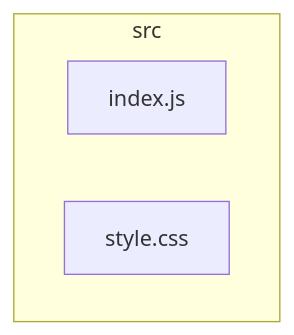
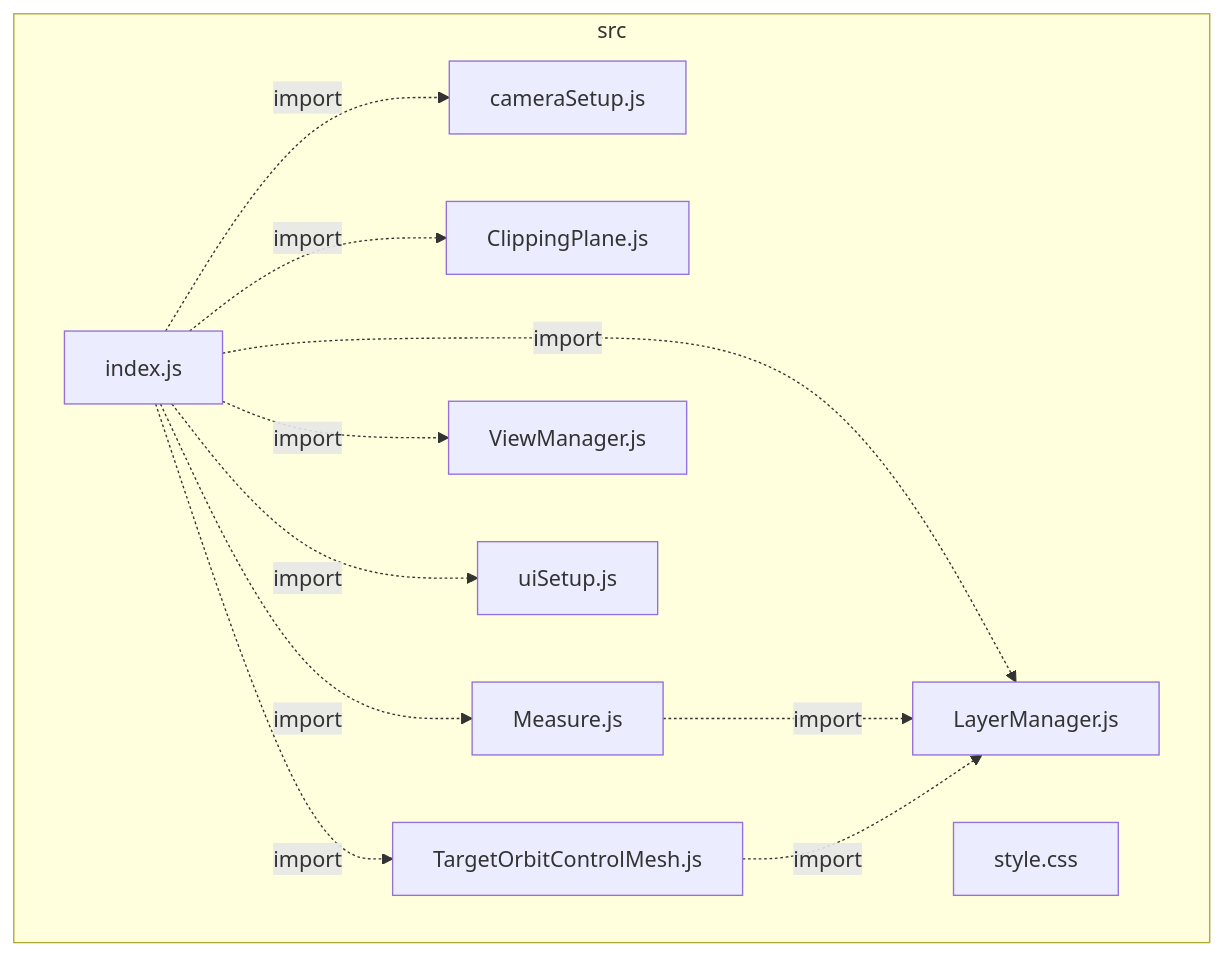
The diagram in packages/visualizer/architecture.md (VCityTeam/UD-Viz), drawn with Mermaid before and after one commit. The commit also changed 46 other files, not shown here.

````diff
--- a/packages/visualizer/architecture.md
+++ b/packages/visualizer/architecture.md
@@ -1,7 +1,23 @@
 ```mermaid
 flowchart
  subgraph IDsrc["src"]
+  IDsrcCameraSetup2ejs["cameraSetup.js"]
+  IDsrcClippingPlane2ejs["ClippingPlane.js"]
   IDsrcIndex2ejs["index.js"]
+  IDsrcLayerManager2ejs["LayerManager.js"]
+  IDsrcMeasure2ejs["Measure.js"]
   IDsrcStyle2ecss["style.css"]
+  IDsrcTargetOrbitControlMesh2ejs["TargetOrbitControlMesh.js"]
+  IDsrcUiSetup2ejs["uiSetup.js"]
+  IDsrcViewManager2ejs["ViewManager.js"]
  end
+IDsrcIndex2ejs-.->|import|IDsrcClippingPlane2ejs
+IDsrcIndex2ejs-.->|import|IDsrcTargetOrbitControlMesh2ejs
+IDsrcIndex2ejs-.->|import|IDsrcViewManager2ejs
+IDsrcIndex2ejs-.->|import|IDsrcLayerManager2ejs
+IDsrcIndex2ejs-.->|import|IDsrcCameraSetup2ejs
+IDsrcIndex2ejs-.->|import|IDsrcUiSetup2ejs
+IDsrcIndex2ejs-.->|import|IDsrcMeasure2ejs
+IDsrcMeasure2ejs-.->|import|IDsrcLayerManager2ejs
+IDsrcTargetOrbitControlMesh2ejs-.->|import|IDsrcLayerManager2ejs
 ```
````
